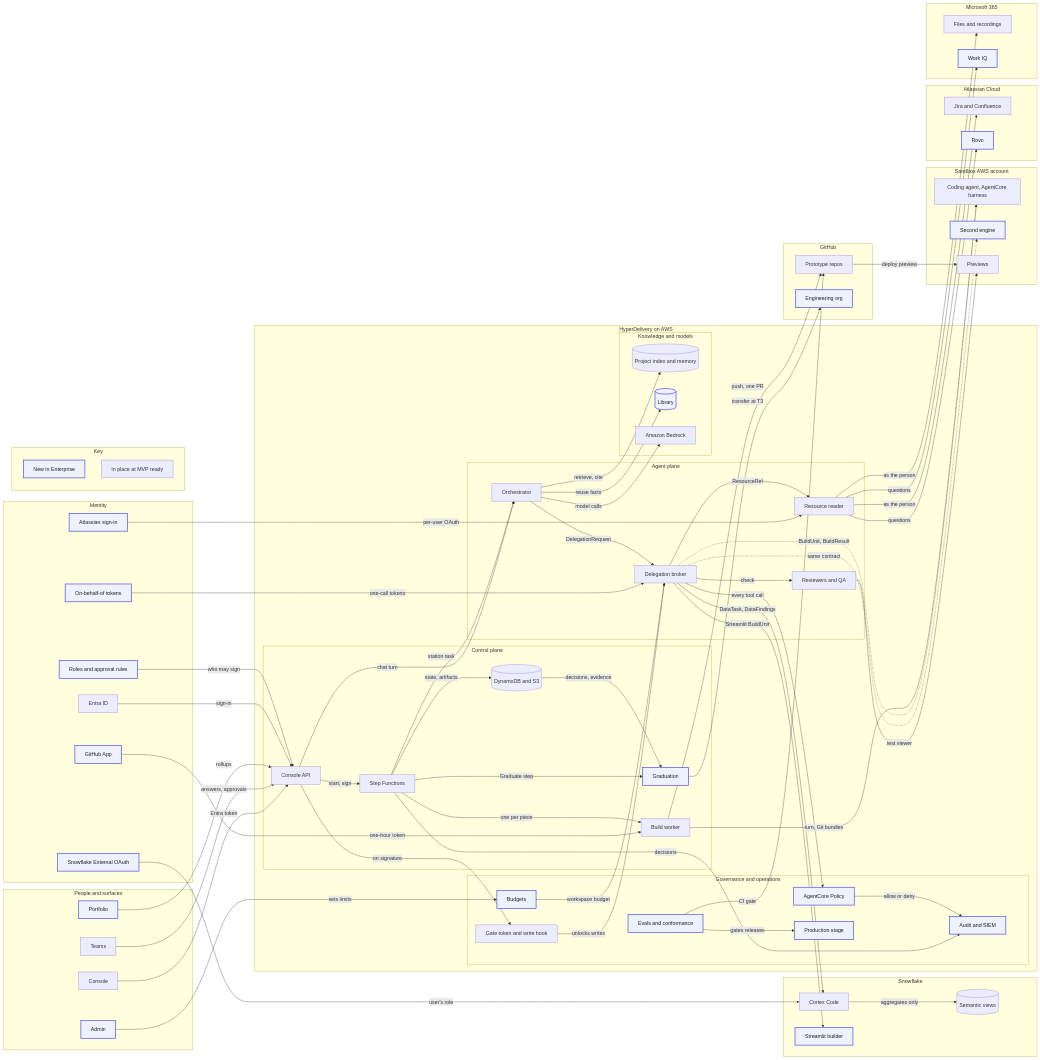
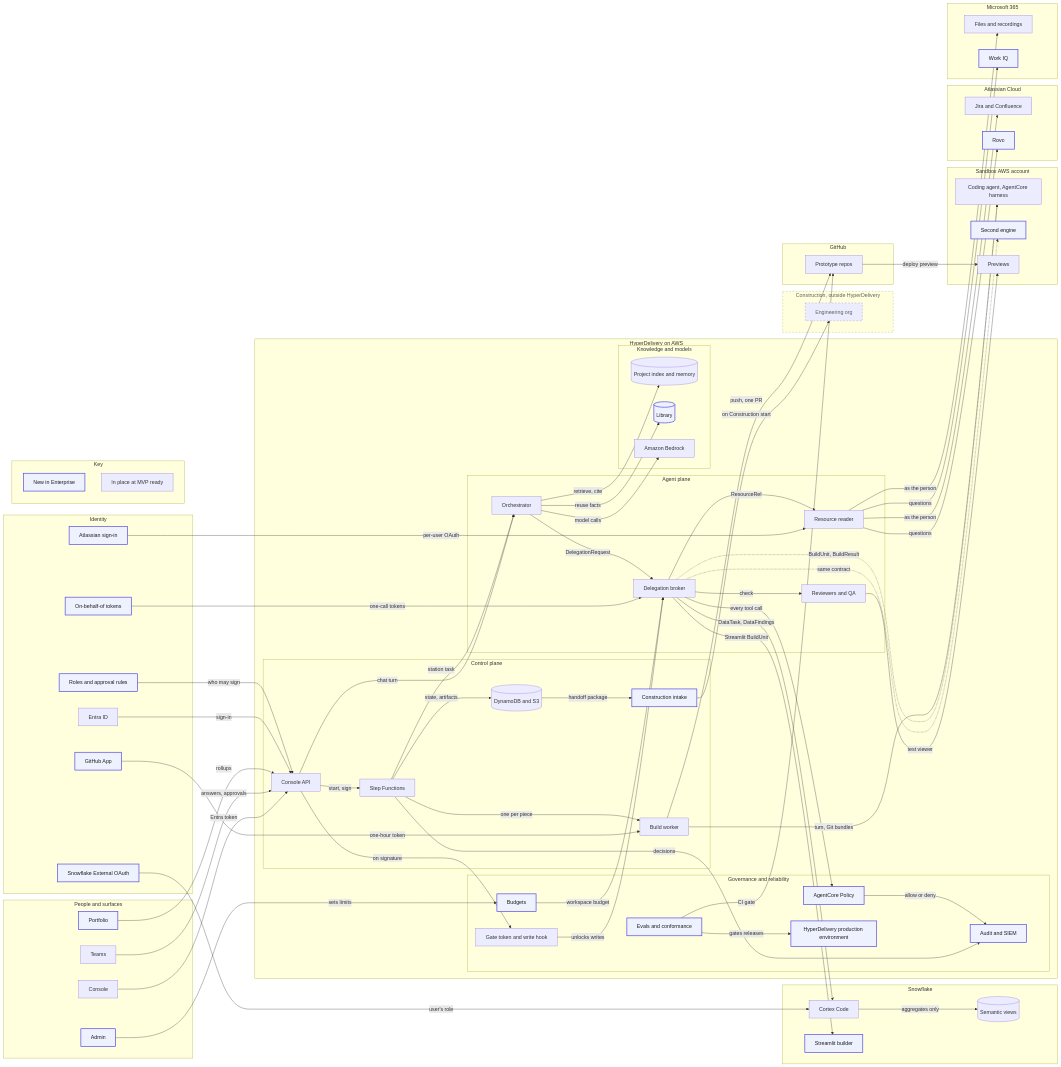
Before and after one commit to eitanflor/ua-hyperdelivery: the fifth of 5 diagrams in docs/ua-dlc/enterprise-plan.md, drawn with Mermaid. The commit also changed other lines of this file and 74 other files, not shown here.

````diff
--- a/docs/ua-dlc/enterprise-plan.md
+++ b/docs/ua-dlc/enterprise-plan.md
@@ -1083,7 +1328,7 @@
       sfn["Step Functions"]
       store[("DynamoDB and S3")]
       worker["Build worker"]
-      graduation["Graduation"]
+      intake["Construction intake"]
     end
     subgraph AGENT["Agent plane"]
       orch["Orchestrator"]
@@ -1091,13 +1336,13 @@
       reader["Resource reader"]
       reviewers["Reviewers and QA"]
     end
-    subgraph GOV["Governance and operations"]
+    subgraph GOV["Governance and reliability"]
       gate["Gate token and write hook"]
       policy["AgentCore Policy"]
       audit["Audit and SIEM"]
       budgets["Budgets"]
       evals["Evals and conformance"]
-      prod["Production stage"]
+      prod["HyperDelivery production environment"]
     end
     subgraph KNOW["Knowledge and models"]
       index[("Project index and memory")]
@@ -1110,9 +1355,11 @@
     sis["Streamlit builder"]
     semantic[("Semantic views")]
   end
+  subgraph CONS["Construction, outside HyperDelivery"]
+    engorg["Engineering org"]
+  end
   subgraph GH["GitHub"]
     repo["Prototype repos"]
-    engorg["Engineering org"]
   end
   subgraph SBX["Sandbox AWS account"]
     coding["Coding agent, AgentCore harness"]
@@ -1147,10 +1394,9 @@
   sfn -->|"state, artifacts"| store
   sfn -->|"station task"| orch
   sfn -->|"one per piece"| worker
-  sfn -->|"Graduate step"| graduation
   sfn -->|"decisions"| audit
-  store -->|"decisions, evidence"| graduation
-  graduation -->|"transfer at T3"| engorg
+  store -->|"handoff package"| intake
+  intake -->|"on Construction start"| engorg
   gate -->|"unlocks writes"| broker
   orch -->|"DelegationRequest"| broker
   orch -->|"model calls"| bedrock
@@ -1177,5 +1423,7 @@
   worker -->|"push, one PR"| repo
   repo -->|"deploy preview"| preview
   classDef new fill:#EEF2FF,stroke:#4F46E5,stroke-width:2px,color:#1D1D1D
-  class admin,portfolio,roles,obo,ghapp,sfoauth,atloauth,graduation,policy,audit,budgets,evals,prod,library,sis,engorg,second,rovo,workiq new
+  classDef outside stroke-dasharray: 5 5,color:#5F5F5F
+  class admin,portfolio,roles,obo,ghapp,sfoauth,atloauth,intake,policy,audit,budgets,evals,prod,library,sis,second,rovo,workiq new
+  class CONS,engorg outside
 ```
````
